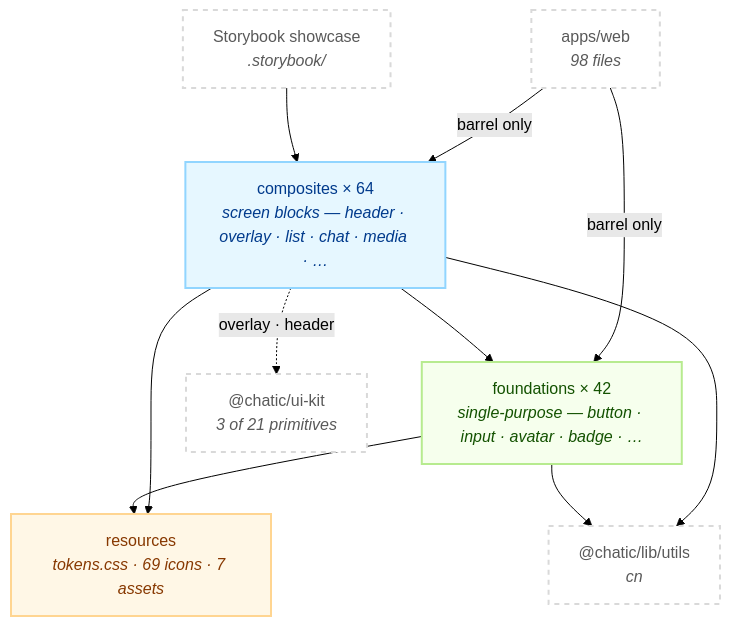
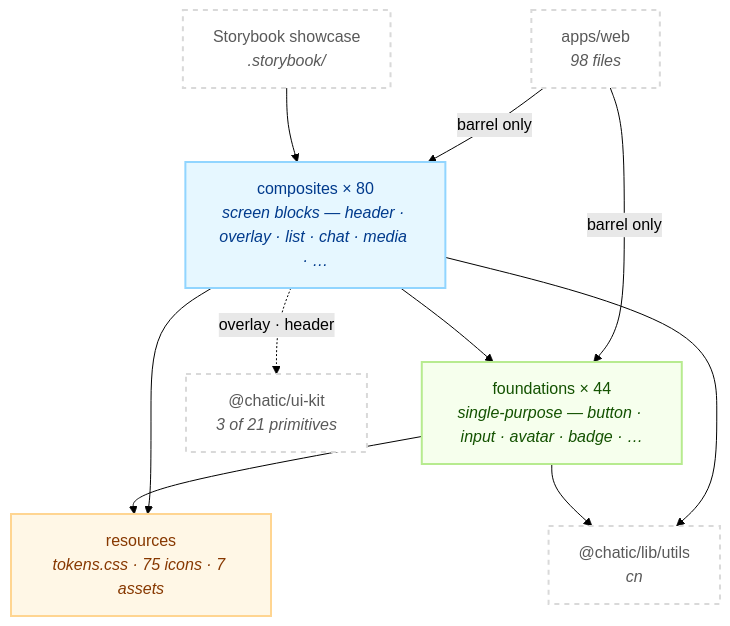
The first of 2 diagrams in libs/web-ui-kit/README.md (lemoncloud-io/dou-app), drawn with Mermaid (forest theme) before and after one commit. The commit also changed other lines of this file and 69 other files, not shown here.

````diff
--- a/libs/web-ui-kit/README.md
+++ b/libs/web-ui-kit/README.md
@@ -116,27 +116,27 @@
 ```mermaid
 flowchart TD
     classDef comp fill:#e6f7ff,stroke:#91d5ff,stroke-width:2px,color:#003a8c;
     classDef found fill:#f6ffed,stroke:#b7eb8f,stroke-width:2px,color:#135200;
     classDef res fill:#fff7e6,stroke:#ffd591,stroke-width:2px,color:#873800;
     classDef ext fill:#ffffff,stroke:#d9d9d9,stroke-width:2px,color:#595959,stroke-dasharray: 5 5;
 
     App["apps/web<br/><i>98 files</i>"]:::ext
     SB["Storybook showcase<br/><i>.storybook/</i>"]:::ext
 
-    C["composites × 64<br/><i>screen blocks — header · overlay · list · chat · media · …</i>"]:::comp
-    F["foundations × 42<br/><i>single-purpose — button · input · avatar · badge · …</i>"]:::found
-    R["resources<br/><i>tokens.css · 69 icons · 7 assets</i>"]:::res
+    C["composites × 80<br/><i>screen blocks — header · overlay · list · chat · media · …</i>"]:::comp
+    F["foundations × 44<br/><i>single-purpose — button · input · avatar · badge · …</i>"]:::found
+    R["resources<br/><i>tokens.css · 75 icons · 7 assets</i>"]:::res
 
     UK["@chatic/ui-kit<br/><i>3 of 21 primitives</i>"]:::ext
     CN["@chatic/lib/utils<br/><i>cn</i>"]:::ext
 
     App -->|"barrel only"| C
     App -->|"barrel only"| F
     SB --> C
     C --> F
     C --> R
     F --> R
     C -.->|"overlay · header"| UK
     C --> CN
     F --> CN
 ```
````
